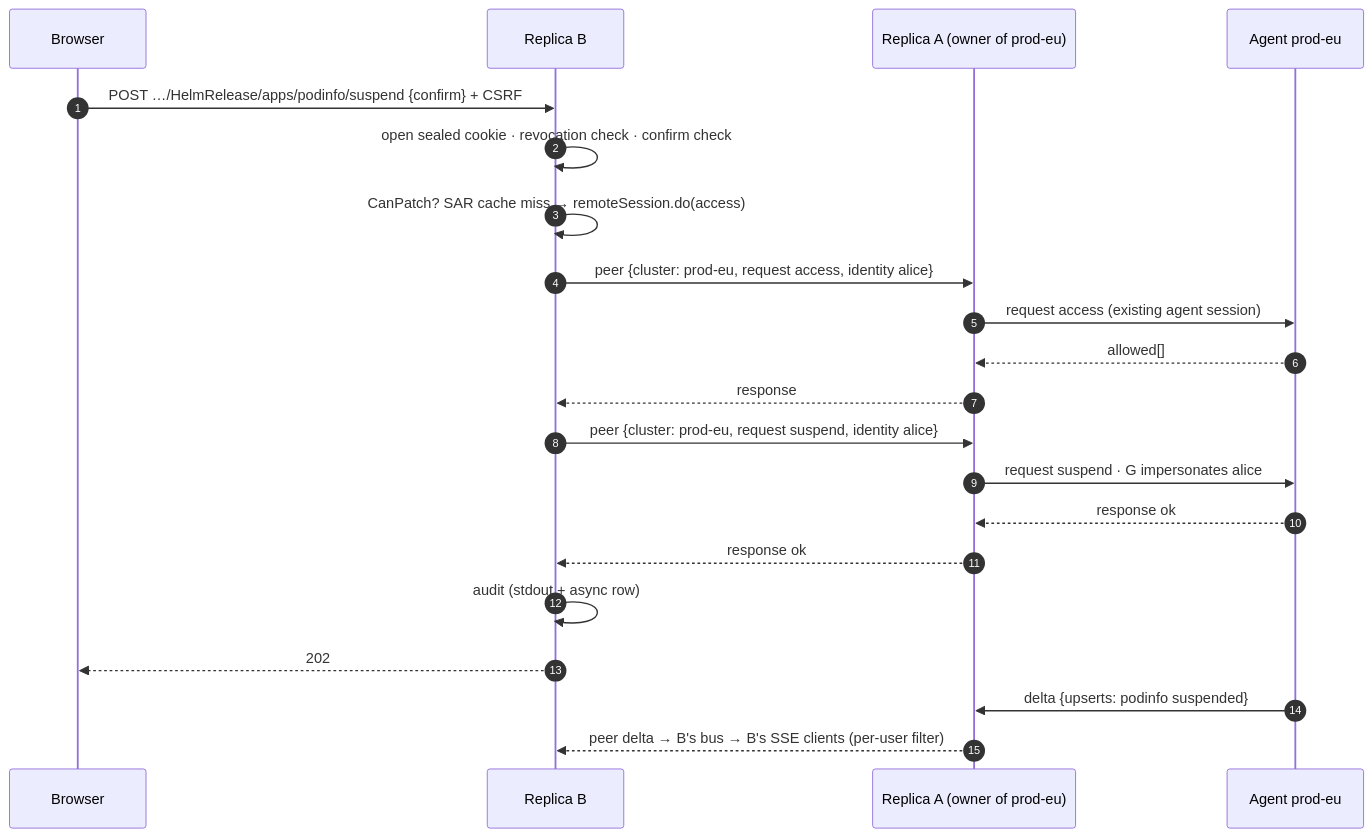
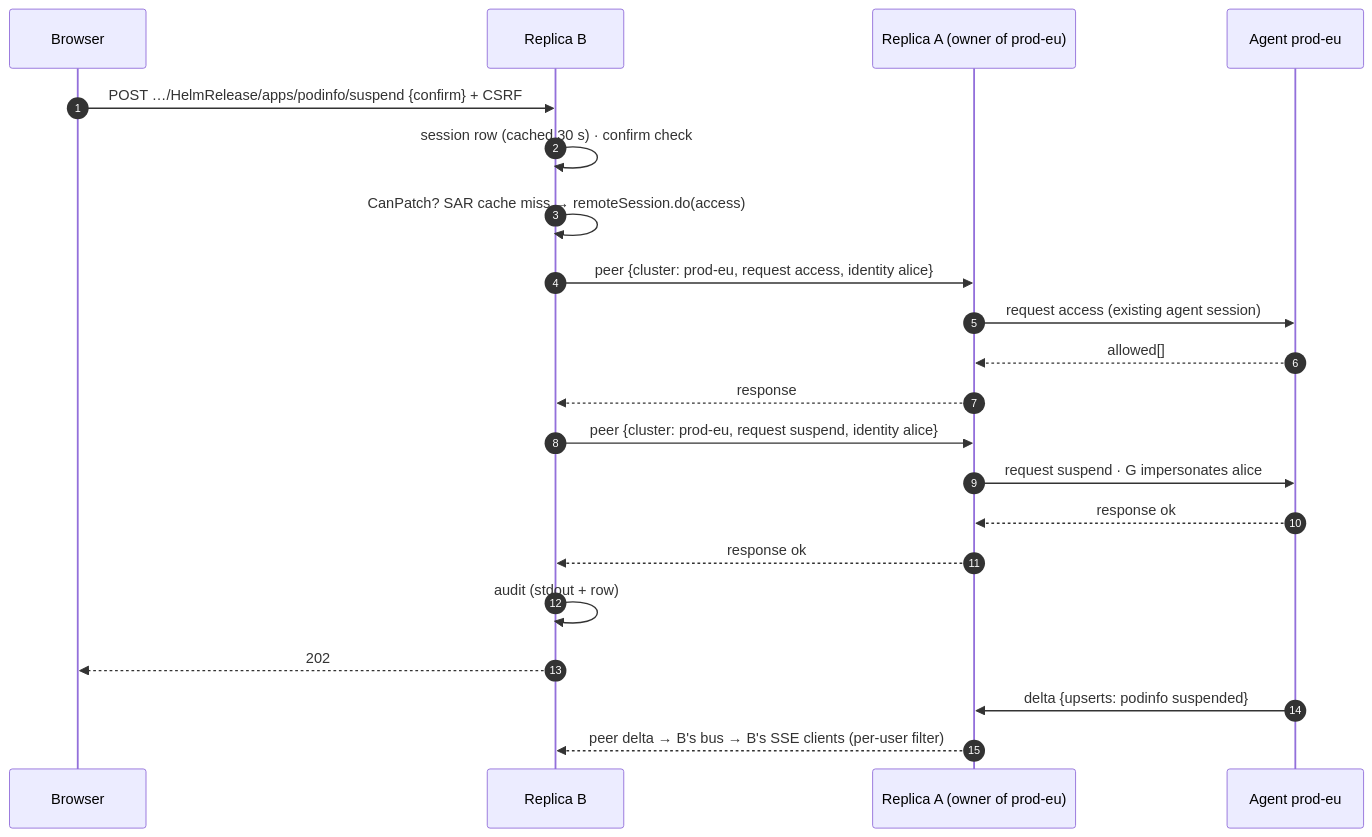
Before and after one commit to idestis/eddy: the first of 2 diagrams in docs/adr/0004-hub-high-availability.md, drawn with Mermaid. The commit also changed other lines of this file and 1 other file, not shown here.

````diff
--- a/docs/adr/0004-hub-high-availability.md
+++ b/docs/adr/0004-hub-high-availability.md
@@ -129,23 +101,23 @@
 ```mermaid
 sequenceDiagram
   autonumber
   participant U as Browser
   participant B as Replica B
   participant A as Replica A (owner of prod-eu)
   participant G as Agent prod-eu
   U->>B: POST …/HelmRelease/apps/podinfo/suspend {confirm} + CSRF
-  B->>B: open sealed cookie · revocation check · confirm check
+  B->>B: session row (cached 30 s) · confirm check
   B->>B: CanPatch? SAR cache miss → remoteSession.do(access)
   B->>A: peer {cluster: prod-eu, request access, identity alice}
   A->>G: request access (existing agent session)
   G-->>A: allowed[]
   A-->>B: response
   B->>A: peer {cluster: prod-eu, request suspend, identity alice}
   A->>G: request suspend · G impersonates alice
   G-->>A: response ok
   A-->>B: response ok
-  B->>B: audit (stdout + async row)
+  B->>B: audit (stdout + row)
   B-->>U: 202
   G->>A: delta {upserts: podinfo suspended}
   A-->>B: peer delta → B's bus → B's SSE clients (per-user filter)
 ```
````
